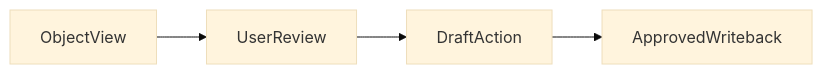
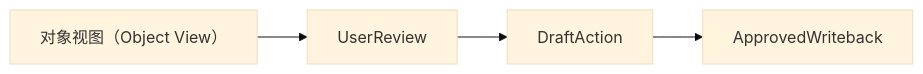
One commit to rexlin600/ontology_practice changed the diagram in days/Day-12.md. Above: the diagram before and after it, drawn with Mermaid (base theme). The commit also changed other lines of this file, not shown here.

````diff
--- a/days/Day-12.md
+++ b/days/Day-12.md
@@ -16,7 +31,7 @@
 ```mermaid
 flowchart LR
-  ObjectView["ObjectView"] --> UserReview["UserReview"]
+  ObjectView["对象视图（Object View）"] --> UserReview["UserReview"]
   UserReview["UserReview"] --> DraftAction["DraftAction"]
   DraftAction["DraftAction"] --> ApprovedWriteback["ApprovedWriteback"]
 
 ```
````
